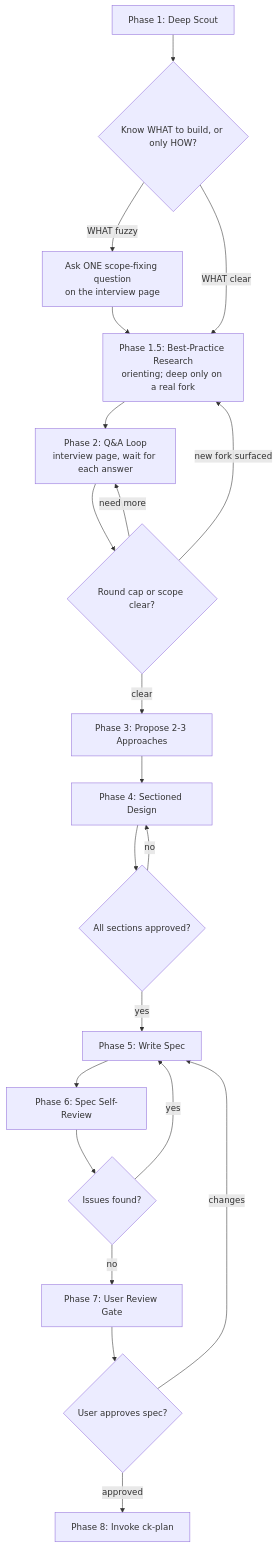
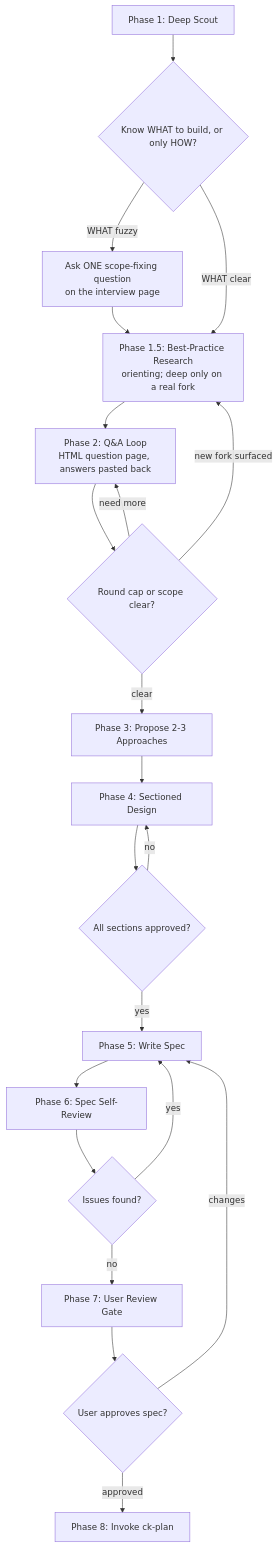
One commit to dphong1995/skills changed the diagram in skills/brainstorm-pro/SKILL.md. Above: the diagram before and after it, drawn with Mermaid. The commit also changed other lines of this file and 8 other files, not shown here.

First line of the commit message:
Show interview questions on a local HTML page instead of an Artifact

````diff
--- a/skills/brainstorm-pro/SKILL.md
+++ b/skills/brainstorm-pro/SKILL.md
@@ -60,22 +60,22 @@
 ```mermaid
 flowchart TD
     A[Phase 1: Deep Scout] --> W{Know WHAT to build, or only HOW?}
     W -->|WHAT fuzzy| Q0[Ask ONE scope-fixing question<br/>on the interview page] --> R
     W -->|WHAT clear| R[Phase 1.5: Best-Practice Research<br/>orienting; deep only on a real fork]
-    R --> B[Phase 2: Q&A Loop<br/>interview page, wait for each answer]
+    R --> B[Phase 2: Q&A Loop<br/>HTML question page, answers pasted back]
     B --> C{Round cap or scope clear?}
     C -->|need more| B
     C -->|new fork surfaced| R
     C -->|clear| D[Phase 3: Propose 2-3 Approaches]
     D --> E[Phase 4: Sectioned Design]
     E --> F{All sections approved?}
     F -->|no| E
     F -->|yes| G[Phase 5: Write Spec]
     G --> H[Phase 6: Spec Self-Review]
     H --> I{Issues found?}
     I -->|yes| G
     I -->|no| J[Phase 7: User Review Gate]
     J --> K{User approves spec?}
     K -->|changes| G
     K -->|approved| L[Phase 8: Invoke ck-plan]
 ```
````
